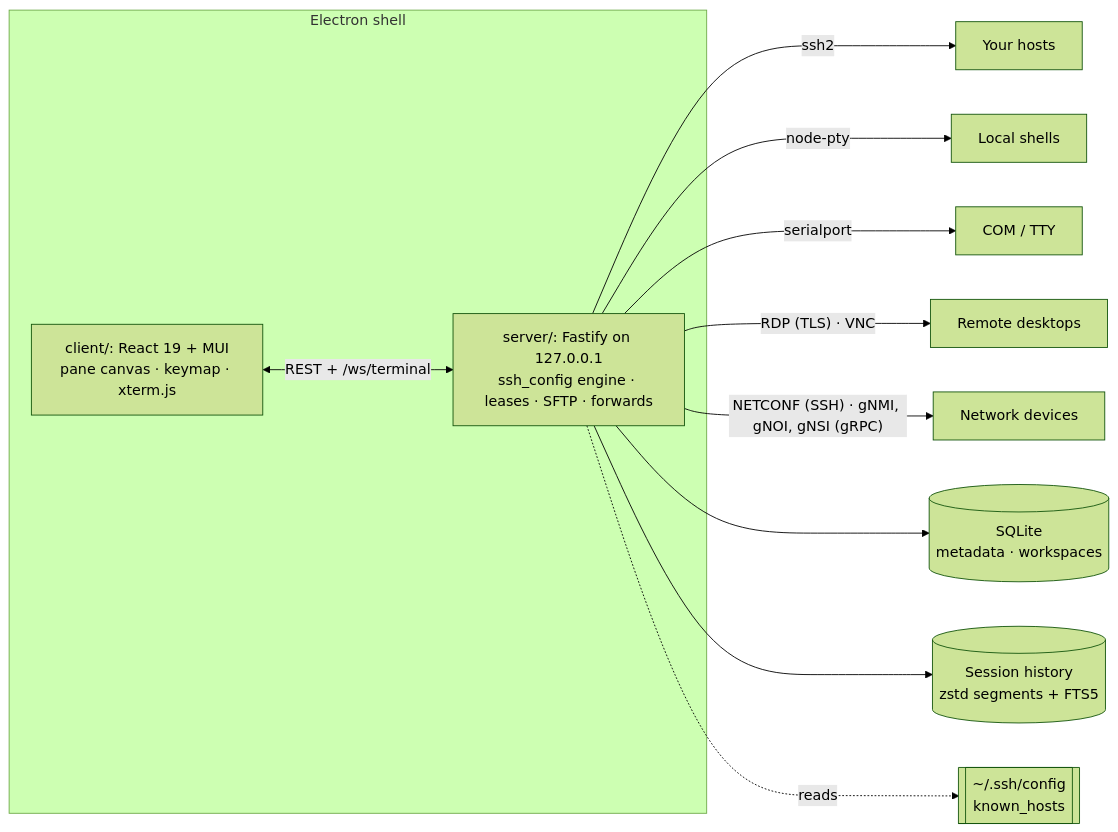
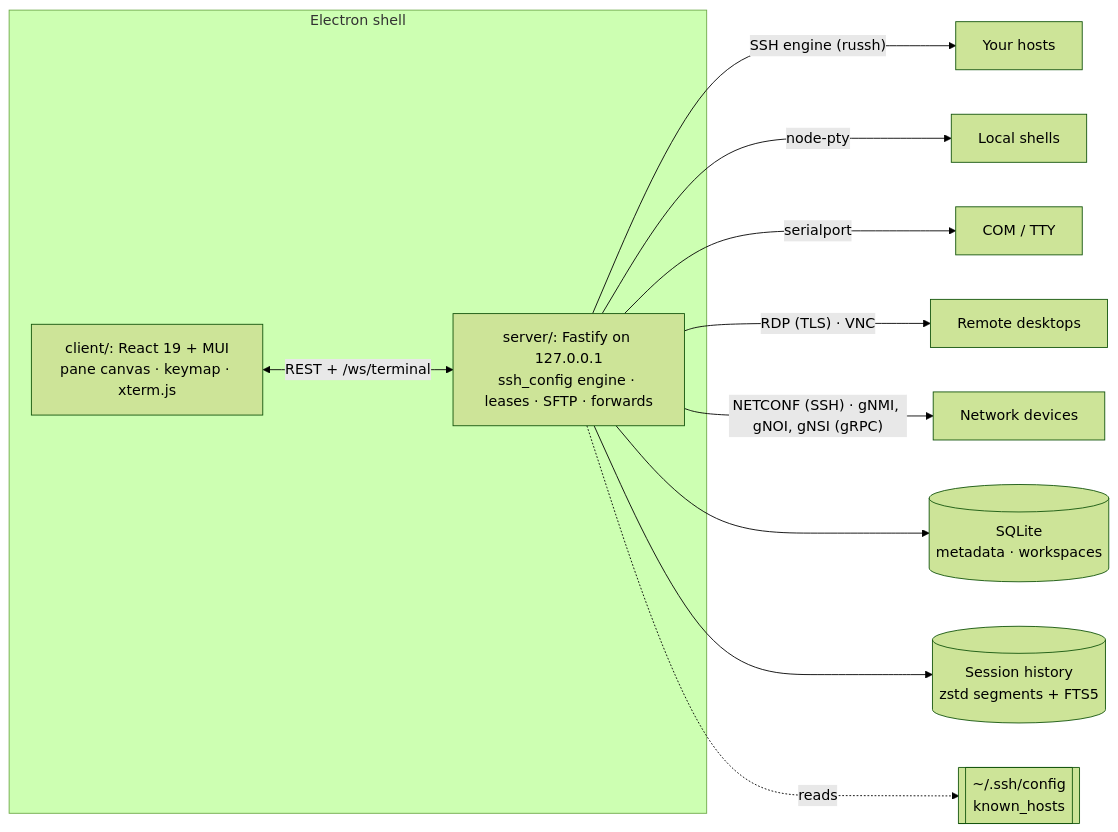
One commit to FloSch62/muxus changed the first of 2 diagrams in docs/reference/architecture.md. Above: the diagram before and after it, drawn with Mermaid (forest theme). The commit also changed other lines of this file and 125 other files, not shown here.

First line of the commit message:
feat(ssh): move SSH from ssh2 to a Rust engine on russh

````diff
--- a/docs/reference/architecture.md
+++ b/docs/reference/architecture.md
@@ -10,16 +10,16 @@
 ```mermaid
 flowchart LR
   subgraph Desktop["Electron shell"]
     Client["client/: React 19 + MUI<br/>pane canvas · keymap · xterm.js"]
     Server["server/: Fastify on 127.0.0.1<br/>ssh_config engine · leases · SFTP · forwards"]
   end
   Client <-->|"REST + /ws/terminal"| Server
-  Server -->|ssh2| Hosts["Your hosts"]
+  Server -->|"SSH engine (russh)"| Hosts["Your hosts"]
   Server -->|node-pty| Local["Local shells"]
   Server -->|serialport| Serial["COM / TTY"]
   Server -->|"RDP (TLS) · VNC"| Desktops["Remote desktops"]
   Server -->|"NETCONF (SSH) · gNMI, gNOI, gNSI (gRPC)"| Devices["Network devices"]
   Server --> DB[("SQLite<br/>metadata · workspaces")]
   Server --> History[("Session history<br/>zstd segments + FTS5")]
   Server -.reads.-> Config[["~/.ssh/config<br/>known_hosts"]]
 ```
````
